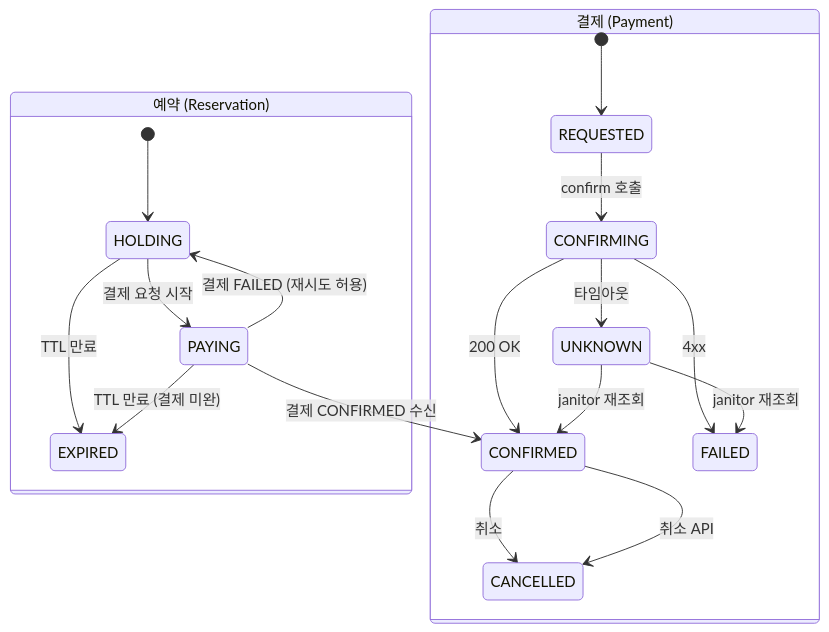
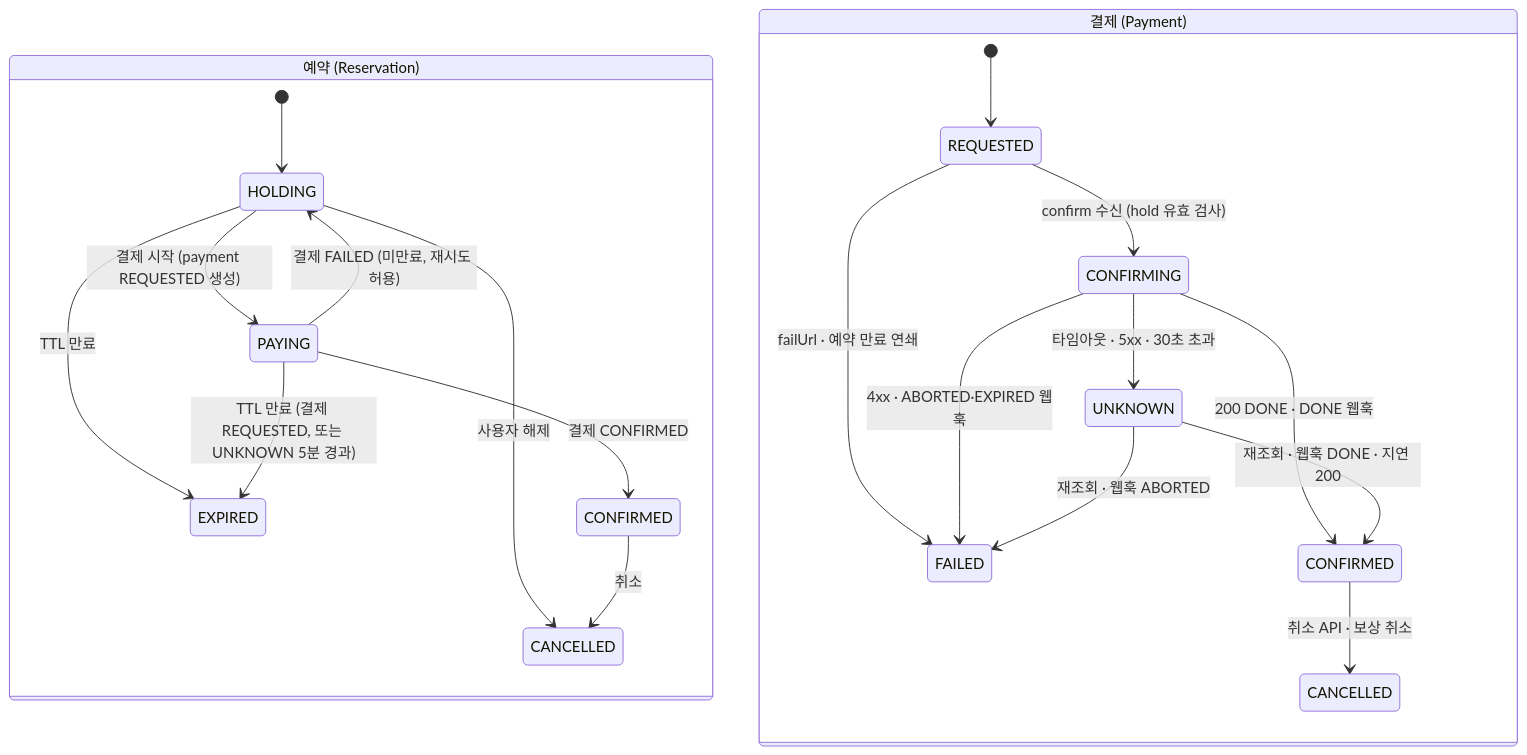
One commit to lim950808/openrun changed the fifth of 10 diagrams in docs/blueprint.md. Above: the diagram before and after it, drawn with Mermaid. The commit also changed other lines of this file and 7 other files, not shown here.

````diff
--- a/docs/blueprint.md
+++ b/docs/blueprint.md
@@ -177,22 +178,35 @@
 ```mermaid
 stateDiagram-v2
     state "예약 (Reservation)" as R {
-        [*] --> HOLDING
-        HOLDING --> PAYING : 결제 요청 시작
-        HOLDING --> EXPIRED : TTL 만료
-        PAYING --> CONFIRMED : 결제 CONFIRMED 수신
-        PAYING --> EXPIRED : TTL 만료 (결제 미완)
-        PAYING --> HOLDING : 결제 FAILED (재시도 허용)
-        CONFIRMED --> CANCELLED : 취소
+        state "HOLDING" as R_HOLDING
+        state "PAYING" as R_PAYING
+        state "CONFIRMED" as R_CONFIRMED
+        state "EXPIRED" as R_EXPIRED
+        state "CANCELLED" as R_CANCELLED
+        [*] --> R_HOLDING
+        R_HOLDING --> R_PAYING : 결제 시작 (payment REQUESTED 생성)
+        R_HOLDING --> R_EXPIRED : TTL 만료
+        R_HOLDING --> R_CANCELLED : 사용자 해제
+        R_PAYING --> R_CONFIRMED : 결제 CONFIRMED
+        R_PAYING --> R_EXPIRED : TTL 만료 (결제 REQUESTED, 또는 UNKNOWN 5분 경과)
+        R_PAYING --> R_HOLDING : 결제 FAILED (미만료, 재시도 허용)
+        R_CONFIRMED --> R_CANCELLED : 취소
     }
     state "결제 (Payment)" as P {
-        [*] --> REQUESTED
-        REQUESTED --> CONFIRMING : confirm 호출
-        CONFIRMING --> CONFIRMED : 200 OK
-        CONFIRMING --> FAILED : 4xx
-        CONFIRMING --> UNKNOWN : 타임아웃
-        UNKNOWN --> CONFIRMED : janitor 재조회
-        UNKNOWN --> FAILED : janitor 재조회
-        CONFIRMED --> CANCELLED : 취소 API
+        state "REQUESTED" as P_REQUESTED
+        state "CONFIRMING" as P_CONFIRMING
+        state "CONFIRMED" as P_CONFIRMED
+        state "FAILED" as P_FAILED
+        state "UNKNOWN" as P_UNKNOWN
+        state "CANCELLED" as P_CANCELLED
+        [*] --> P_REQUESTED
+        P_REQUESTED --> P_CONFIRMING : confirm 수신 (hold 유효 검사)
+        P_REQUESTED --> P_FAILED : failUrl · 예약 만료 연쇄
+        P_CONFIRMING --> P_CONFIRMED : 200 DONE · DONE 웹훅
+        P_CONFIRMING --> P_FAILED : 4xx · ABORTED·EXPIRED 웹훅
+        P_CONFIRMING --> P_UNKNOWN : 타임아웃 · 5xx · 30초 초과
+        P_UNKNOWN --> P_CONFIRMED : 재조회 · 웹훅 DONE · 지연 200
+        P_UNKNOWN --> P_FAILED : 재조회 · 웹훅 ABORTED
+        P_CONFIRMED --> P_CANCELLED : 취소 API · 보상 취소
     }
 ```
````
